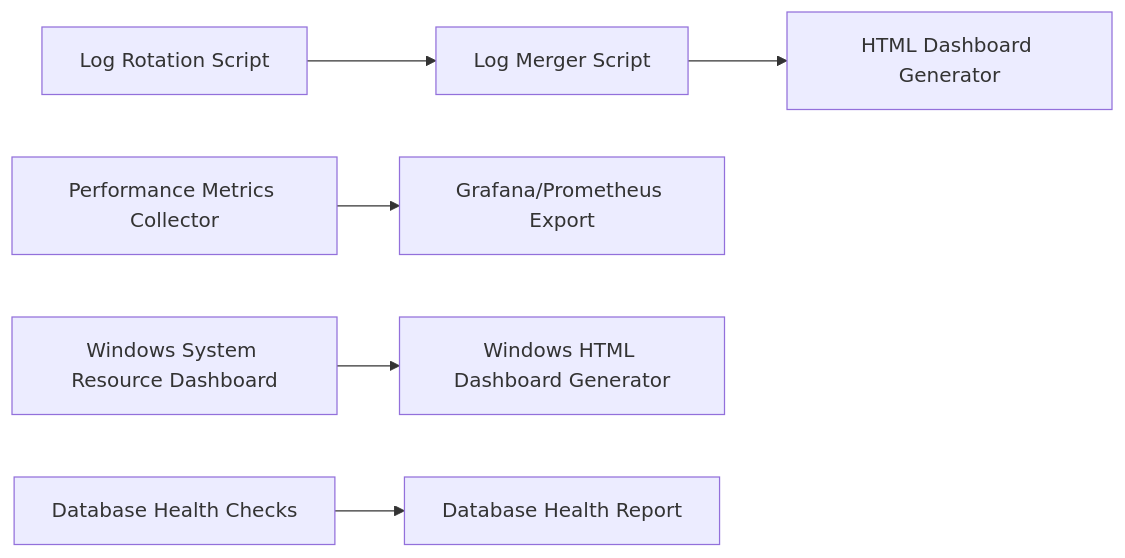
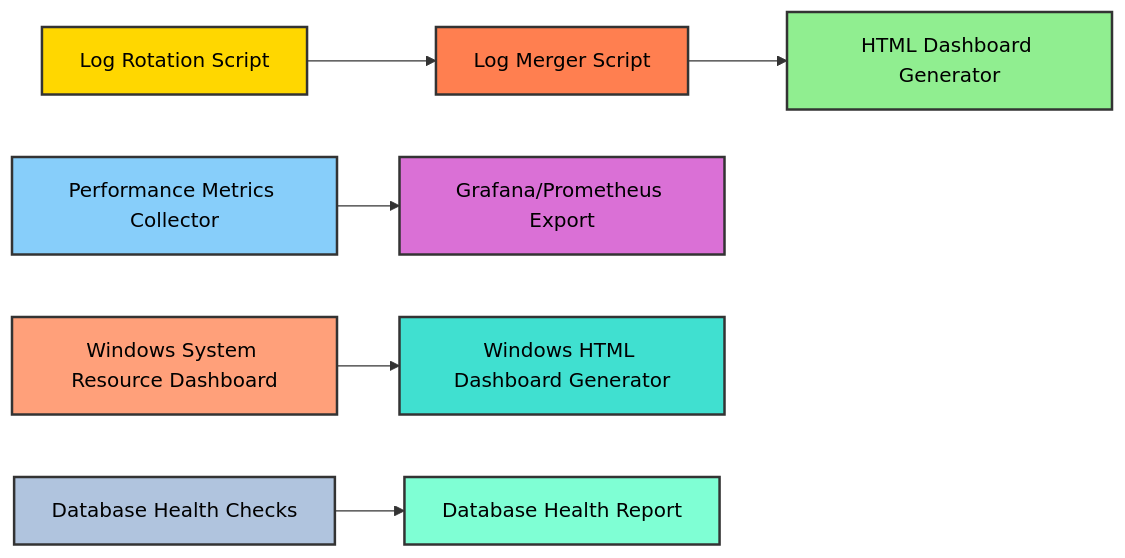
One commit to mdolawale1-cmyk/Log-Rotation-Bash- changed the second of 2 diagrams in README.md. Above: the diagram before and after it, drawn with Mermaid.

````diff
--- a/README.md
+++ b/README.md
@@ -168,7 +168,18 @@
 ```mermaid
 flowchart LR
     L1[Log Rotation Script] --> L2[Log Merger Script] --> L3[HTML Dashboard Generator]
     M1[Performance Metrics Collector] --> G[Grafana/Prometheus Export]
     W1[Windows System Resource Dashboard] --> W2[Windows HTML Dashboard Generator]
     DB[Database Health Checks] --> R[Database Health Report]
+
+    style L1 fill:#FFD700,stroke:#333,stroke-width:2px,color:#000
+    style L2 fill:#FF7F50,stroke:#333,stroke-width:2px,color:#000
+    style L3 fill:#90EE90,stroke:#333,stroke-width:2px,color:#000
+    style M1 fill:#87CEFA,stroke:#333,stroke-width:2px,color:#000
+    style G fill:#DA70D6,stroke:#333,stroke-width:2px,color:#000
+    style W1 fill:#FFA07A,stroke:#333,stroke-width:2px,color:#000
+    style W2 fill:#40E0D0,stroke:#333,stroke-width:2px,color:#000
+    style DB fill:#B0C4DE,stroke:#333,stroke-width:2px,color:#000
+    style R fill:#7FFFD4,stroke:#333,stroke-width:2px,color:#000
+
 ```
````
